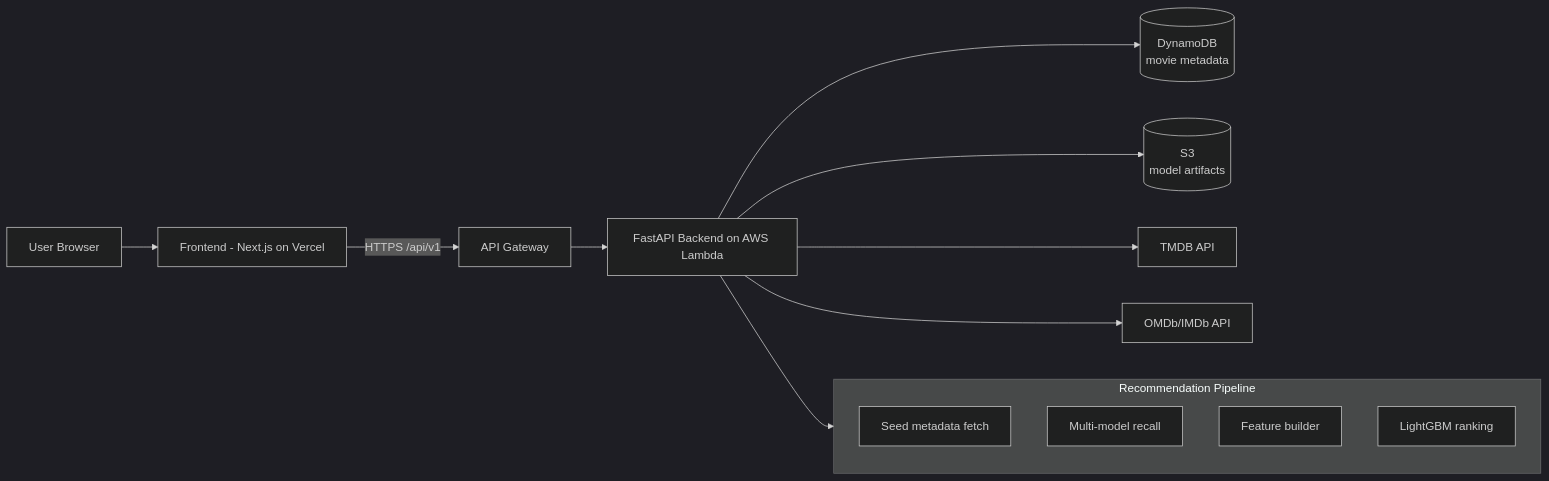
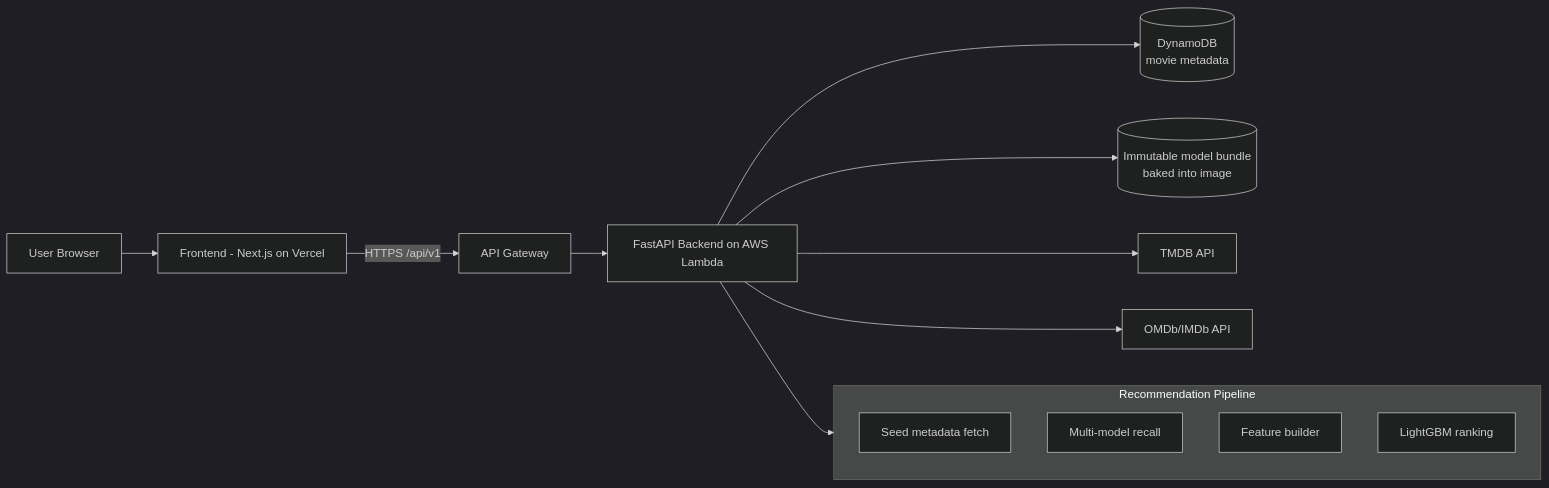
Before and after one commit to rahul2-byte/movie-recommendation-system: the diagram in README.md, drawn with Mermaid (dark theme). The commit also changed other lines of this file and 19 other files, not shown here.

Commit message:
refactor: clarify canonical recommendation architecture

````diff
--- a/README.md
+++ b/README.md
@@ -56,20 +57,20 @@
 ```mermaid
 flowchart LR
   U[User Browser] --> F[Frontend - Next.js on Vercel]
   F -->|HTTPS /api/v1| G[API Gateway]
   G --> B[FastAPI Backend on AWS Lambda]
 
   B --> D[(DynamoDB<br/>movie metadata)]
-  B --> S[(S3<br/>model artifacts)]
+  B --> S[(Immutable model bundle<br/>baked into image)]
   B --> T[TMDB API]
   B --> O[OMDb/IMDb API]
 
   subgraph P[Recommendation Pipeline]
     R1[Seed metadata fetch]
     R2[Multi-model recall]
     R3[Feature builder]
     R4[LightGBM ranking]
   end
 
   B --> P
 ```
````
